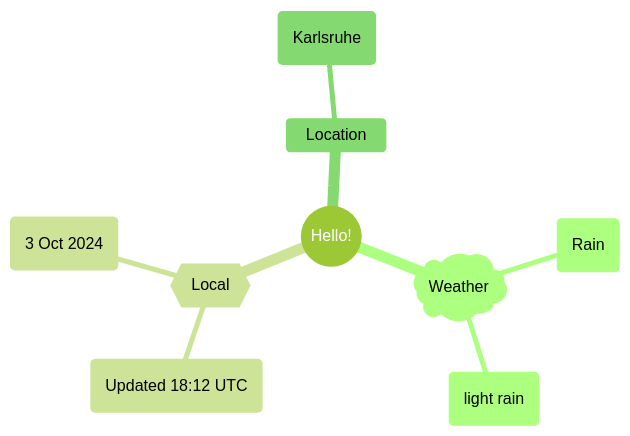
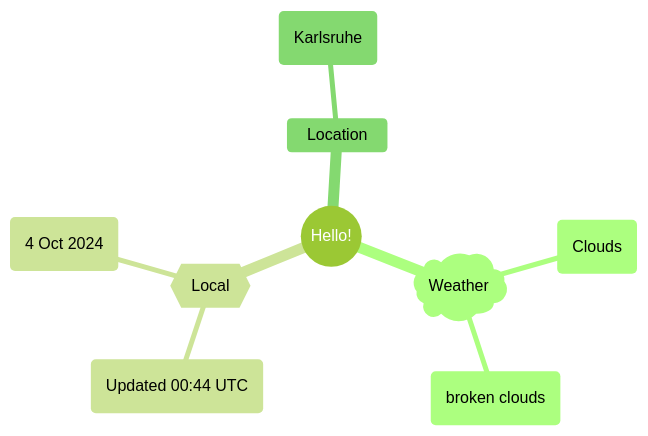
Before and after one commit to Xosrov/Xosrov: the first of 2 diagrams in README.md, drawn with Mermaid (forest theme).

Commit message:
[bot] updated images

````diff
--- a/README.md
+++ b/README.md
@@ -3,12 +3,12 @@
 ```mermaid
 mindmap
   root((Hello!))
     )Weather(
-        (Rain)
-        (light rain)
+        (Clouds)
+        (broken clouds)
     {{Local}}
-        (Updated 18:12 UTC)
-        (3 Oct 2024)
+        (Updated 00:44 UTC)
+        (4 Oct 2024)
     Location
         (Karlsruhe)
 ```
````
